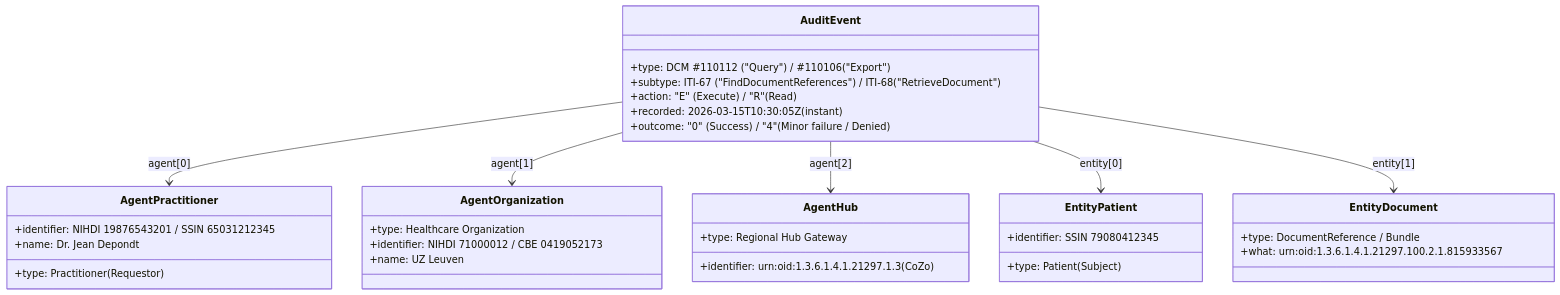
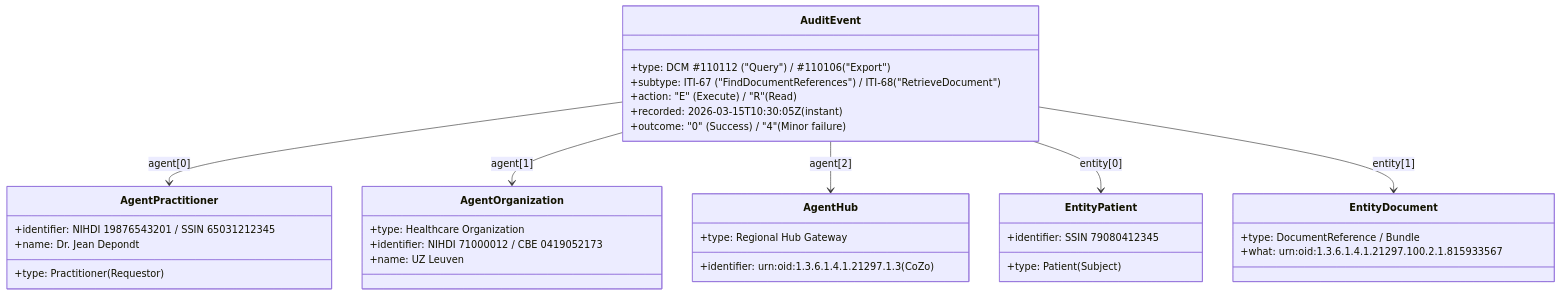
Before and after one commit to Erwin-Bellon/hubsharing: the fifth of 5 diagrams in input/pagecontent/security.md, drawn with Mermaid. The commit also changed other lines of this file and 17 other files, not shown here.

````diff
--- a/input/pagecontent/security.md
+++ b/input/pagecontent/security.md
@@ -293,38 +332,38 @@
 ```mermaid
 classDiagram
     class AuditEvent {
         +type: DCM #110112 ("Query") / #110106 ("Export")
         +subtype: ITI-67 ("FindDocumentReferences") / ITI-68 ("RetrieveDocument")
         +action: "E" (Execute) / "R" (Read)
         +recorded: 2026-03-15T10:30:05Z (instant)
-        +outcome: "0" (Success) / "4" (Minor failure / Denied)
+        +outcome: "0" (Success) / "4" (Minor failure)
     }
     class AgentPractitioner {
         +type: Practitioner (Requestor)
         +identifier: NIHDI 19876543201 / SSIN 65031212345
         +name: Dr. Jean Depondt
     }
     class AgentOrganization {
         +type: Healthcare Organization
         +identifier: NIHDI 71000012 / CBE 0419052173
         +name: UZ Leuven
     }
     class AgentHub {
         +type: Regional Hub Gateway
         +identifier: urn:oid:1.3.6.1.4.1.21297.1.3 (CoZo)
     }
     class EntityPatient {
         +type: Patient (Subject)
         +identifier: SSIN 79080412345
     }
     class EntityDocument {
         +type: DocumentReference / Bundle
         +what: urn:oid:1.3.6.1.4.1.21297.100.2.1.815933567
     }
 
     AuditEvent --> AgentPractitioner : agent[0]
     AuditEvent --> AgentOrganization : agent[1]
     AuditEvent --> AgentHub : agent[2]
     AuditEvent --> EntityPatient : entity[0]
     AuditEvent --> EntityDocument : entity[1]
 ```
````
